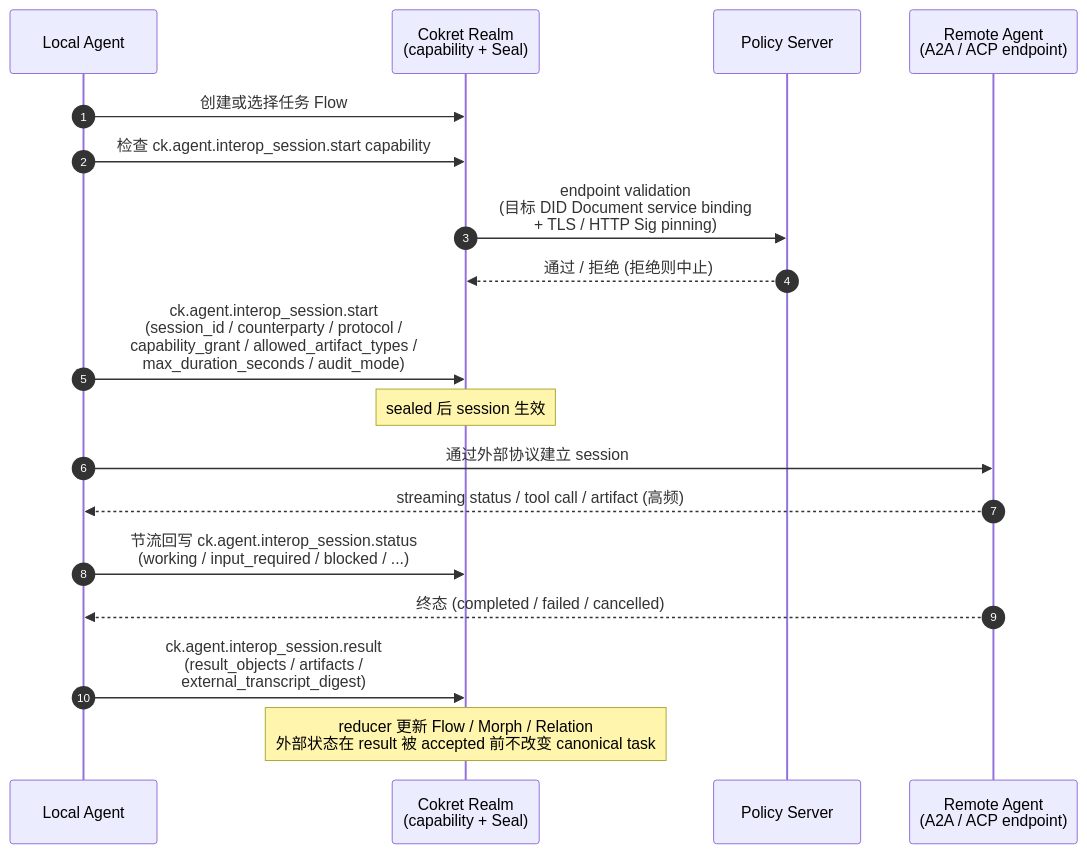
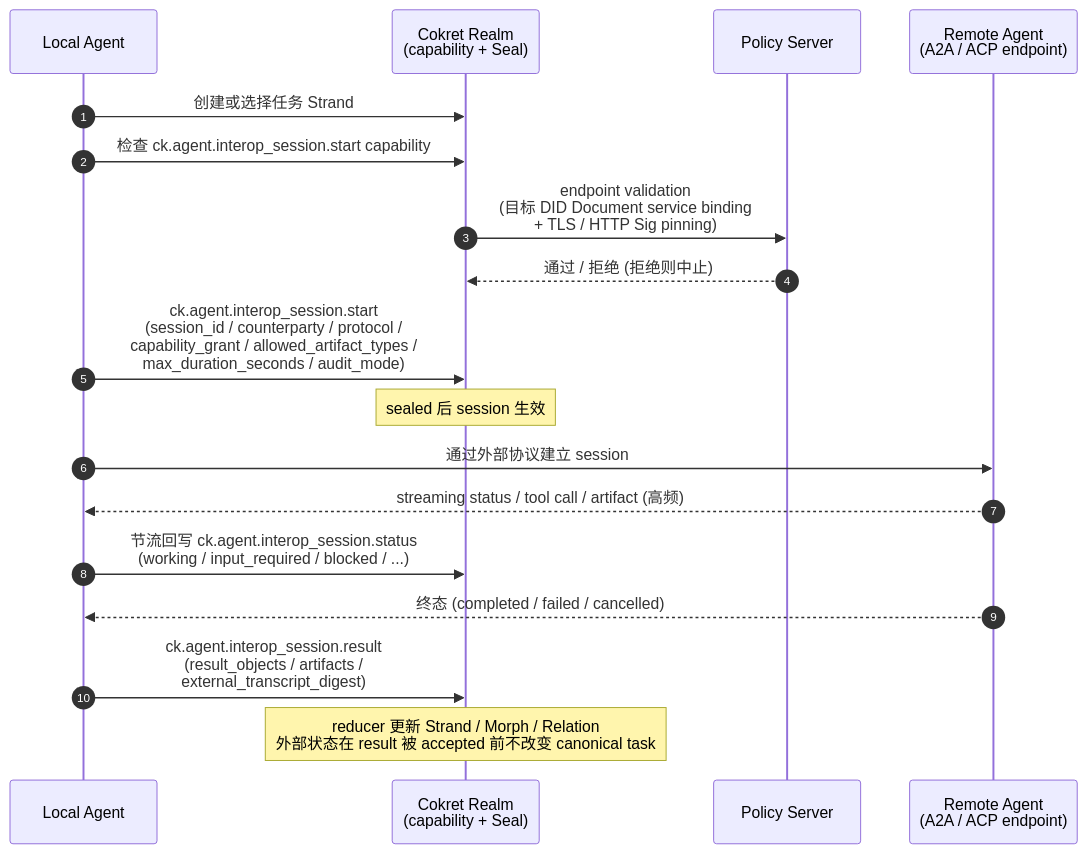
One commit to arkret-org/arkret-spec changed the diagram in spec/v1/zh/extensions/agent-protocol-interop.md. Above: the diagram before and after it, drawn with Mermaid. The commit also changed other lines of this file and 170 other files, not shown here.

Commit message:
Rename Flow concept to Strand

````diff
--- a/spec/v1/zh/extensions/agent-protocol-interop.md
+++ b/spec/v1/zh/extensions/agent-protocol-interop.md
@@ -283,23 +283,23 @@
 ```mermaid
 sequenceDiagram
     autonumber
     participant LocalAg as Local Agent
     participant Cx as Cokret Realm<br>(capability + Seal)
     participant Pol as Policy Server
     participant Remote as Remote Agent<br>(A2A / ACP endpoint)
 
-    LocalAg->>Cx: 创建或选择任务 Flow
+    LocalAg->>Cx: 创建或选择任务 Strand
     LocalAg->>Cx: 检查 ck.agent.interop_session.start capability
     Cx->>Pol: endpoint validation<br>(目标 DID Document service binding<br> + TLS / HTTP Sig pinning)
     Pol-->>Cx: 通过 / 拒绝 (拒绝则中止)
     LocalAg->>Cx: ck.agent.interop_session.start<br>(session_id / counterparty / protocol /<br> capability_grant / allowed_artifact_types /<br> max_duration_seconds / audit_mode)
     note over Cx: sealed 后 session 生效
 
     LocalAg->>Remote: 通过外部协议建立 session
     Remote-->>LocalAg: streaming status / tool call / artifact (高频)
     LocalAg->>Cx: 节流回写 ck.agent.interop_session.status<br>(working / input_required / blocked / ...)
 
     Remote-->>LocalAg: 终态 (completed / failed / cancelled)
     LocalAg->>Cx: ck.agent.interop_session.result<br>(result_objects / artifacts /<br> external_transcript_digest)
-    note over Cx: reducer 更新 Flow / Morph / Relation<br>外部状态在 result 被 accepted 前不改变 canonical task
+    note over Cx: reducer 更新 Strand / Morph / Relation<br>外部状态在 result 被 accepted 前不改变 canonical task
 ```
````
